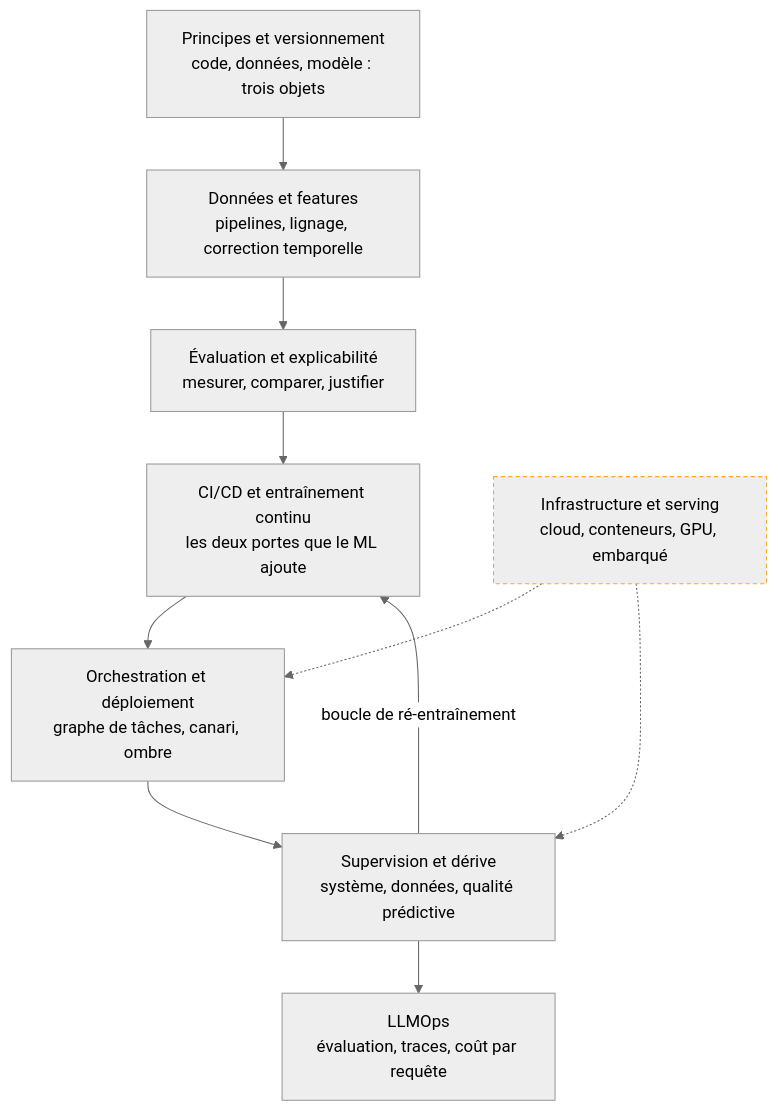
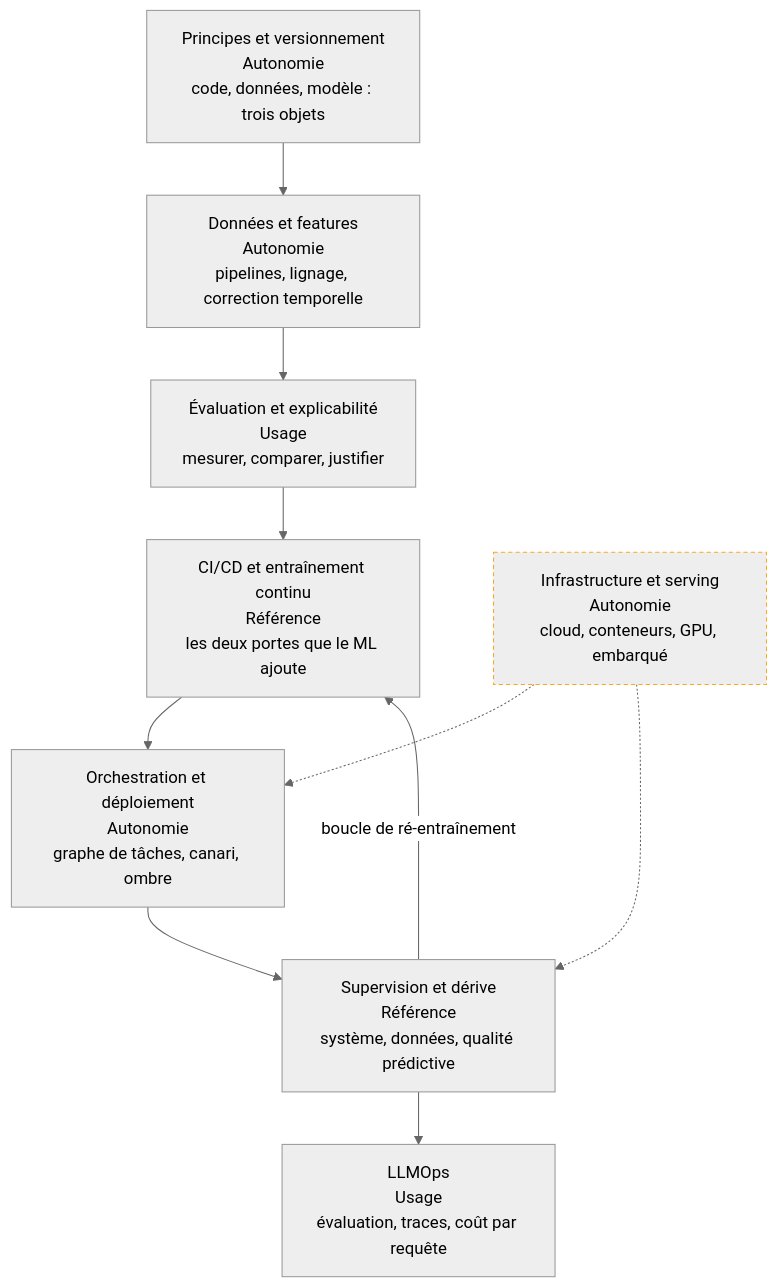
One commit to floSa/Atlas-Metiers-Roadmaps changed the diagram in content/parcours/mlops/index.md. Above: the diagram before and after it, drawn with Mermaid (neutral theme). The commit also changed other lines of this file and 1 other file, not shown here.

Commit message:
Data Engineer et MLOps : les cartes d'entree portent le niveau attendu d'un confirme

````diff
--- a/content/parcours/mlops/index.md
+++ b/content/parcours/mlops/index.md
@@ -15,24 +15,24 @@
 ```mermaid
 flowchart TD
-  P["Principes et versionnement<br/>code, données, modèle : trois objets"] --> D["Données et features<br/>pipelines, lignage, correction temporelle"]
-  D --> E["Évaluation et explicabilité<br/>mesurer, comparer, justifier"]
-  E --> CI["CI/CD et entraînement continu<br/>les deux portes que le ML ajoute"]
-  CI --> O["Orchestration et déploiement<br/>graphe de tâches, canari, ombre"]
-  O --> S["Supervision et dérive<br/>système, données, qualité prédictive"]
+  P["Principes et versionnement<br/>Autonomie<br/>code, données, modèle : trois objets"] --> D["Données et features<br/>Autonomie<br/>pipelines, lignage, correction temporelle"]
+  D --> E["Évaluation et explicabilité<br/>Usage<br/>mesurer, comparer, justifier"]
+  E --> CI["CI/CD et entraînement continu<br/>Référence<br/>les deux portes que le ML ajoute"]
+  CI --> O["Orchestration et déploiement<br/>Autonomie<br/>graphe de tâches, canari, ombre"]
+  O --> S["Supervision et dérive<br/>Référence<br/>système, données, qualité prédictive"]
   S -->|boucle de ré-entraînement| CI
-  S --> L["LLMOps<br/>évaluation, traces, coût par requête"]
-  I["Infrastructure et serving<br/>cloud, conteneurs, GPU, embarqué"] -.-> O
+  S --> L["LLMOps<br/>Usage<br/>évaluation, traces, coût par requête"]
+  I["Infrastructure et serving<br/>Autonomie<br/>cloud, conteneurs, GPU, embarqué"] -.-> O
   I -.-> S
 
   click P "/parcours/mlops/principes-et-versionnement"
   click D "/parcours/mlops/donnees-et-features"
   click E "/parcours/mlops/evaluation-et-explicabilite"
   click CI "/parcours/mlops/ci-cd-et-entrainement-continu"
   click I "/parcours/mlops/infrastructure-et-serving"
   click O "/parcours/mlops/orchestration-et-deploiement"
   click S "/parcours/mlops/supervision-et-derive"
   click L "/parcours/mlops/llmops"
 
   classDef transverse stroke:#f9a825,stroke-width:1px,stroke-dasharray:4 3
   class I transverse
 ```
````
